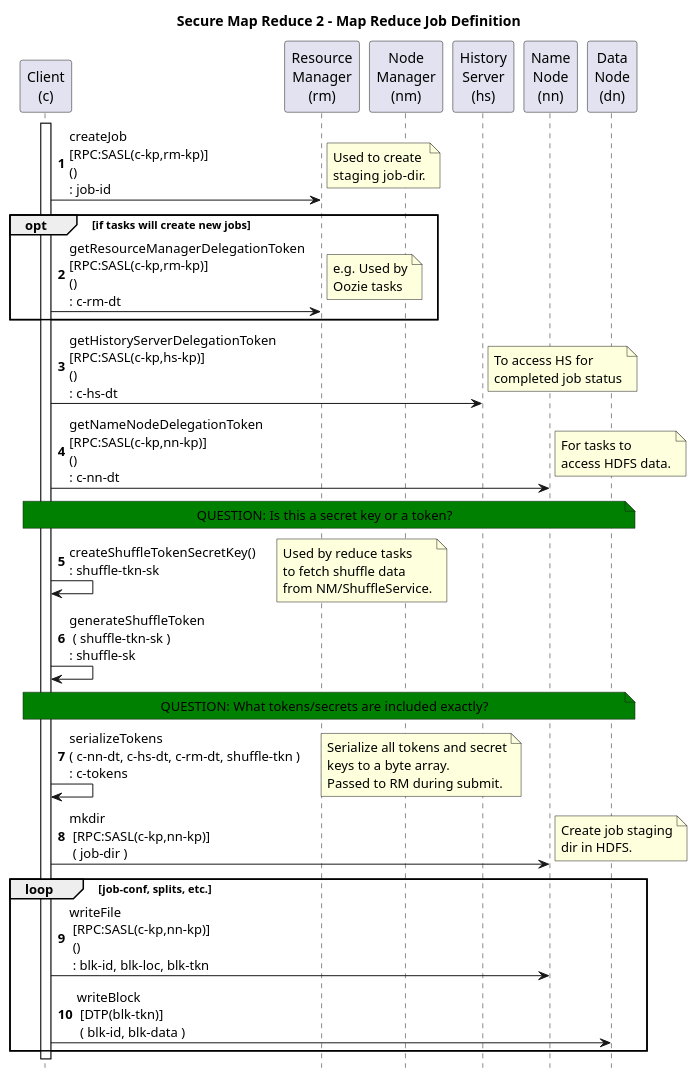
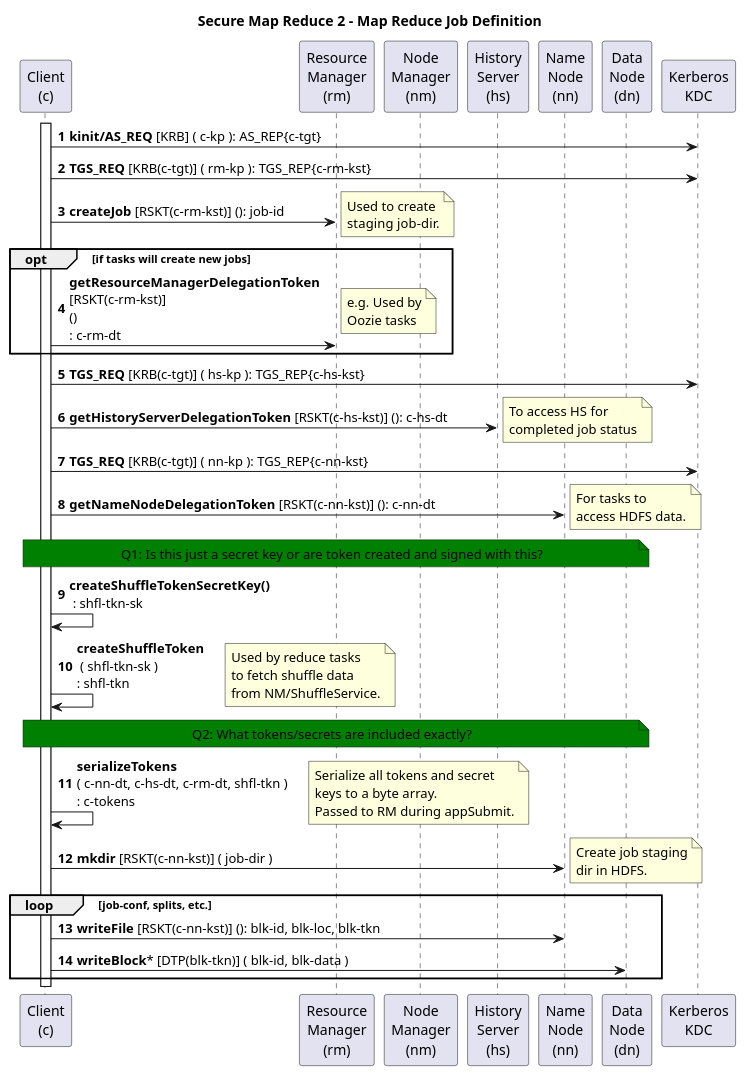
The diagram in hadoop/src/secure-mapreduce2-02-job-definition.puml (kminder/puml), drawn with PlantUML before and after one commit. The commit also changed 7 other files, not shown here.

```diff
--- a/hadoop/src/secure-mapreduce2-02-job-definition.puml
+++ b/hadoop/src/secure-mapreduce2-02-job-definition.puml
@@ -1,66 +1,81 @@
 @startuml
 title Secure Map Reduce 2 - Map Reduce Job Definition
 autonumber
-hide footbox
+'hide footbox
 
 participant "Client\n(c)" as C
 participant "Resource\nManager\n(rm)" as RM
 participant "Node\nManager\n(nm)" as NM
 'participant "Shuffle\nService\n(ss)" as SS
 participant "History\nServer\n(hs)" as HS
 'participant "Application\nMaster\n(am)" as AM
 'participant "Client\nService\n(cs)" as CS
 'participant "Application\nContainer\n(ac)" as AC #red
 'participant "Task\n(t)" as T #orange
 'participant "File\nSystem\n(fs)" as FS
 participant "Name\nNode\n(nn)" as NN
 participant "Data\nNode\n(dn)" as DN
+participant "Kerberos\nKDC" as KDC
 
   'note over C,DN #green: QUESTION: ?
 
   activate C
+
 '1
-C->RM: createJob\n[RPC:SASL(c-kp,rm-kp)]\n()\n: job-id
+C->KDC: <b>kinit/AS_REQ</b> [KRB] ( c-kp ): AS_REP{c-tgt}
+
+'2
+C->KDC: <b>TGS_REQ</b> [KRB(c-tgt)] ( rm-kp ): TGS_REP{c-rm-kst}
+
+'3
+C->RM: <b>createJob</b> [RSKT(c-rm-kst)] (): job-id
   note right: Used to create\nstaging job-dir.
 
-'2
   opt if tasks will create new jobs
-C->RM: getResourceManagerDelegationToken\n[RPC:SASL(c-kp,rm-kp)]\n()\n: c-rm-dt
+'4
+C->RM: <b>getResourceManagerDelegationToken\n[RSKT(c-rm-kst)]\n()\n: c-rm-dt
   note right: e.g. Used by\nOozie tasks
   end opt
 
-'3
-C->HS: getHistoryServerDelegationToken\n[RPC:SASL(c-kp,hs-kp)]\n()\n: c-hs-dt
+'5
+C->KDC: <b>TGS_REQ</b> [KRB(c-tgt)] ( hs-kp ): TGS_REP{c-hs-kst}
+
+'6
+C->HS: <b>getHistoryServerDelegationToken</b> [RSKT(c-hs-kst)] (): c-hs-dt
   note right: To access HS for\ncompleted job status
 
-'4
-C->NN: getNameNodeDelegationToken\n[RPC:SASL(c-kp,nn-kp)]\n()\n: c-nn-dt
+'7
+C->KDC: <b>TGS_REQ</b> [KRB(c-tgt)] ( nn-kp ): TGS_REP{c-nn-kst}
+
+'8
+C->NN: <b>getNameNodeDelegationToken</b> [RSKT(c-nn-kst)] (): c-nn-dt
   note right: For tasks to\naccess HDFS data.
 
-  note over C,DN #green: QUESTION: Is this a secret key or a token?
-'5
-C->C: createShuffleTokenSecretKey()\n: shuffle-tkn-sk
+note over C,DN #green: Q1: Is this just a secret key or are token created and signed with this?
+
+'9
+C->C: <b>createShuffleTokenSecretKey()\n : shfl-tkn-sk
+
+'10
+C->C: <b>createShuffleToken\n ( shfl-tkn-sk ) \n: shfl-tkn
   note right: Used by reduce tasks\nto fetch shuffle data\nfrom NM/ShuffleService.
 
-'6
-C->C: generateShuffleToken\n ( shuffle-tkn-sk ) \n: shuffle-sk
+note over C,DN #green: Q2: What tokens/secrets are included exactly?
 
-note over C,DN #green: QUESTION: What tokens/secrets are included exactly?
+'11
+C->C: <b>serializeTokens\n( c-nn-dt, c-hs-dt, c-rm-dt, shfl-tkn )\n: c-tokens
+  note right: Serialize all tokens and secret\nkeys to a byte array.\nPassed to RM during appSubmit.
 
-'7
-C->C: serializeTokens\n( c-nn-dt, c-hs-dt, c-rm-dt, shuffle-tkn )\n: c-tokens
-  note right: Serialize all tokens and secret\nkeys to a byte array.\nPassed to RM during submit.
-
-'8
-C->NN: mkdir\n [RPC:SASL(c-kp,nn-kp)]\n ( job-dir )
+'12
+C->NN: <b>mkdir</b> [RSKT(c-nn-kst)] ( job-dir )
   note right: Create job staging\ndir in HDFS.
 
   loop job-conf, splits, etc.
-'9
-C->NN: writeFile\n [RPC:SASL(c-kp,nn-kp)]\n ()\n : blk-id, blk-loc, blk-tkn
+'13
+C->NN: <b>writeFile</b> [RSKT(c-nn-kst)] (): blk-id, blk-loc, blk-tkn
 
-'10
-C->DN: writeBlock\n [DTP(blk-tkn)]\n ( blk-id, blk-data )
+'14
+C->DN: <b>writeBlock</b>* [DTP(blk-tkn)] ( blk-id, blk-data )
   end loop
 
 @enduml
```
